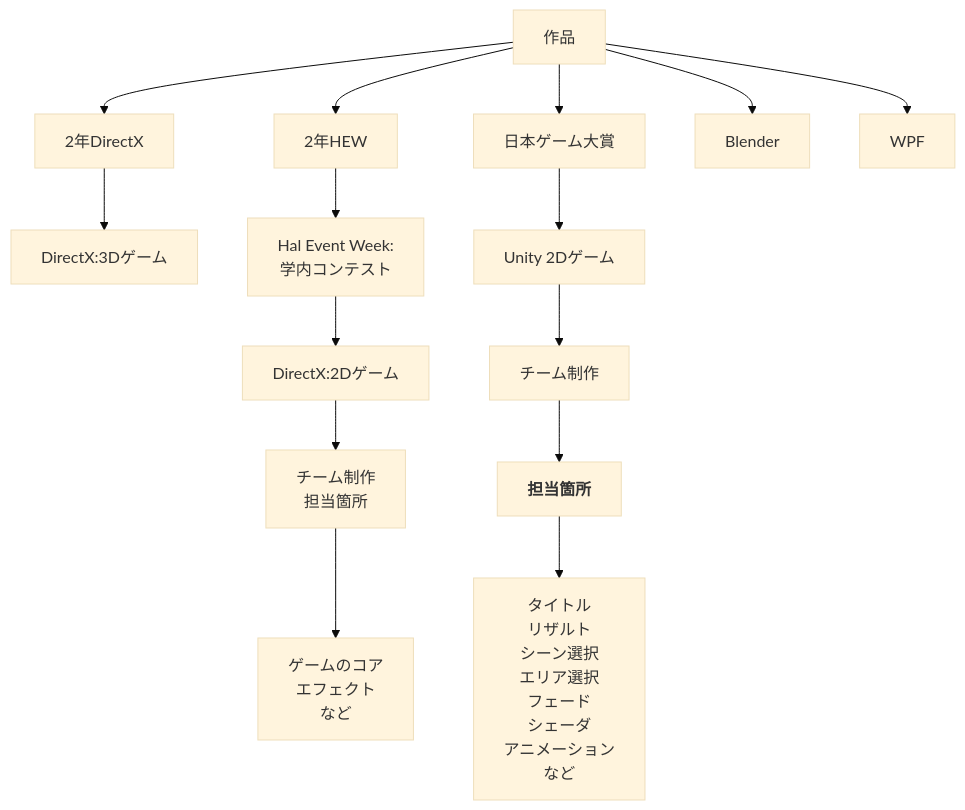
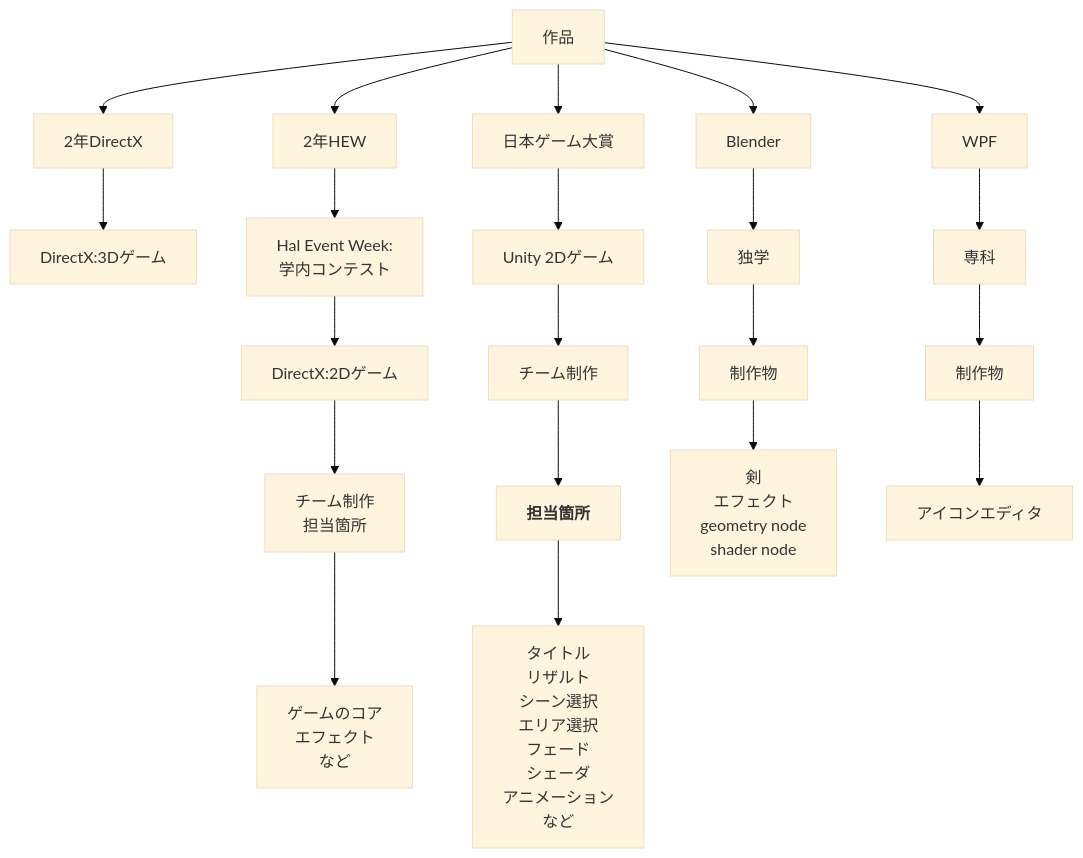
The diagram in README.md (yuta6686/ForEntrySheets_yuta6686), drawn with Mermaid (base theme) before and after one commit.

````diff
--- a/README.md
+++ b/README.md
@@ -2,24 +2,27 @@
 ```mermaid
 graph TB
 	all[作品]
 	dx2[2年DirectX]
 	hew2[2年HEW]
 	ngt[日本ゲーム大賞]
 	bld[Blender]
 	wpf[WPF]
 
 	all --> dx2
 	all --> hew2
 	all --> ngt
 	all --> bld
 	all --> wpf
 
 	dx2 --> dx2_sum1[DirectX:3Dゲーム]
 	hew2 --> hew2_sum1[Hal Event Week:</br>学内コンテスト]-->hew2_sum2[DirectX:2Dゲーム]
 	--> hew2_sum3[チーム制作<br>担当箇所]
 	--> hew2_sum4[ゲームのコア<br>エフェクト<br>など]
 	ngt --> ngt_sum1[Unity 2Dゲーム] --> 
 	ntg_sum1[チーム制作<br>]-->ntg_sum2.5[<b>担当箇所</b>]-->
 	ngt_sum2[タイトル<br>リザルト<br>シーン選択<br>エリア選択<br>フェード<br>シェーダ<br>アニメーション<br>など]
+	bld-->bld_sum1[独学]-->bld_sum2[制作物]-->
+	bld_sum3[剣 </br>エフェクト </br>geometry node </br>shader node]
+	wpf-->wpf_sum1[専科]-->wpf_sum2[制作物]-->wpf_sum3[アイコンエディタ]
 	
 ```
````
